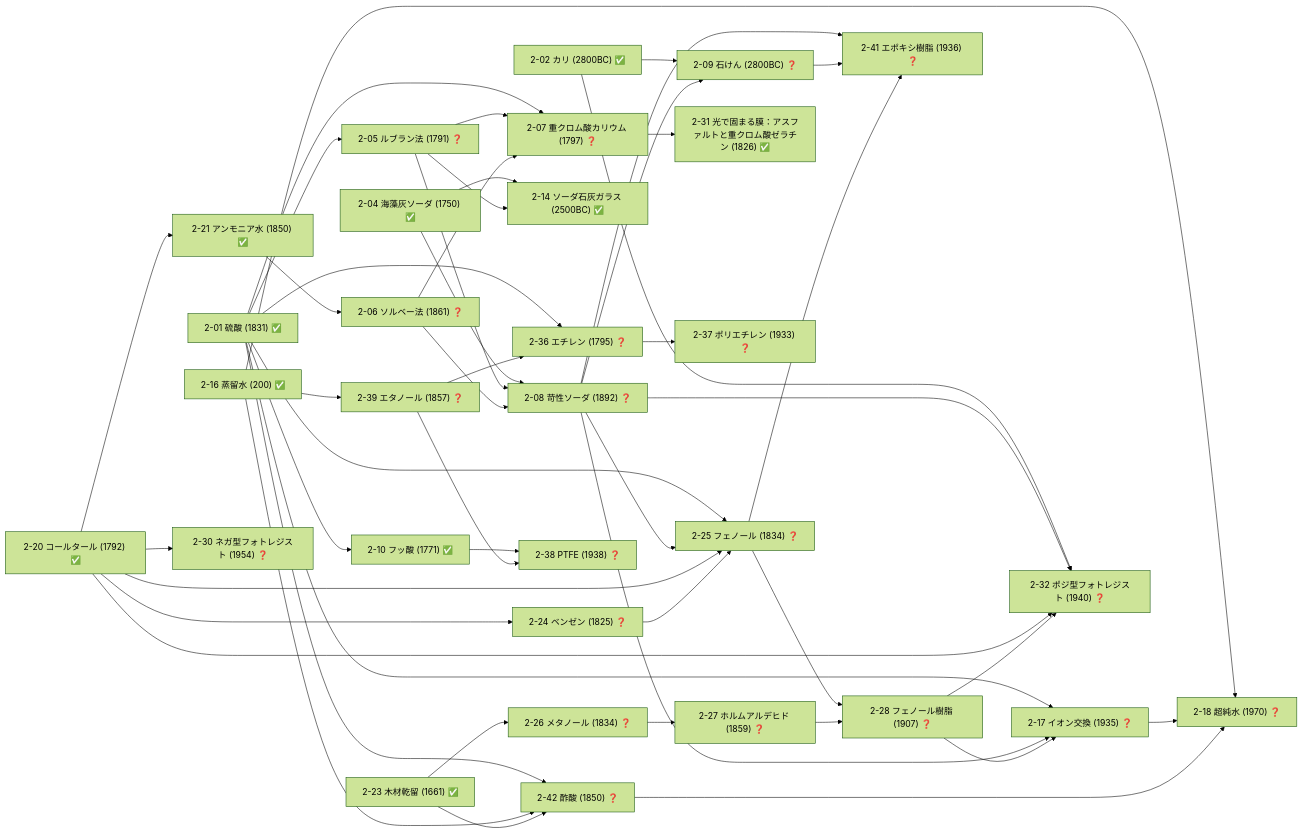
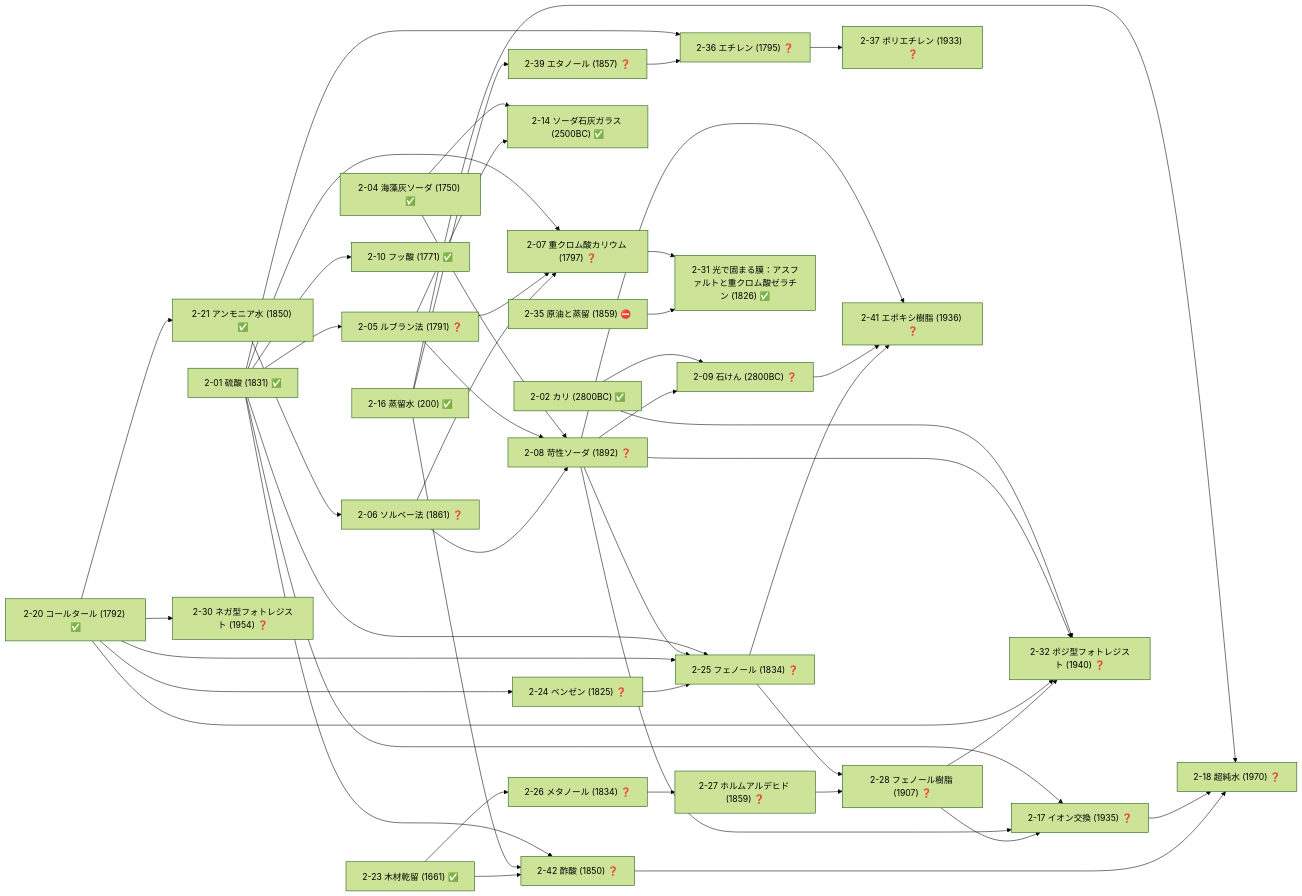
Before and after one commit to taku3i0317-collab/semiconductor-lab: the fifth of 19 diagrams in docs/TECH_TREE_VIEW.md, drawn with Mermaid (forest theme). The commit also changed other lines of this file and 8 other files, not shown here.

````diff
--- a/docs/TECH_TREE_VIEW.md
+++ b/docs/TECH_TREE_VIEW.md
@@ -240,80 +240,79 @@
 ```mermaid
 graph LR
   n2_01["2-01 硫酸 (1831) ✅"]
   n2_02["2-02 カリ (2800BC) ✅"]
   n2_04["2-04 海藻灰ソーダ (1750) ✅"]
   n2_05["2-05 ルブラン法 (1791) ❓"]
   n2_06["2-06 ソルベー法 (1861) ❓"]
   n2_07["2-07 重クロム酸カリウム (1797) ❓"]
   n2_08["2-08 苛性ソーダ (1892) ❓"]
   n2_09["2-09 石けん (2800BC) ❓"]
   n2_10["2-10 フッ酸 (1771) ✅"]
   n2_14["2-14 ソーダ石灰ガラス (2500BC) ✅"]
   n2_16["2-16 蒸留水 (200) ✅"]
   n2_17["2-17 イオン交換 (1935) ❓"]
   n2_18["2-18 超純水 (1970) ❓"]
   n2_20["2-20 コールタール (1792) ✅"]
   n2_21["2-21 アンモニア水 (1850) ✅"]
   n2_23["2-23 木材乾留 (1661) ✅"]
   n2_24["2-24 ベンゼン (1825) ❓"]
   n2_25["2-25 フェノール (1834) ❓"]
   n2_26["2-26 メタノール (1834) ❓"]
   n2_27["2-27 ホルムアルデヒド (1859) ❓"]
   n2_28["2-28 フェノール樹脂 (1907) ❓"]
   n2_30["2-30 ネガ型フォトレジスト (1954) ❓"]
   n2_31["2-31 光で固まる膜：アスファルトと重クロム酸ゼラチン (1826) ✅"]
   n2_32["2-32 ポジ型フォトレジスト (1940) ❓"]
+  n2_35["2-35 原油と蒸留 (1859) ⛔"]
   n2_36["2-36 エチレン (1795) ❓"]
   n2_37["2-37 ポリエチレン (1933) ❓"]
-  n2_38["2-38 PTFE (1938) ❓"]
   n2_39["2-39 エタノール (1857) ❓"]
   n2_41["2-41 エポキシ樹脂 (1936) ❓"]
   n2_42["2-42 酢酸 (1850) ❓"]
   n2_01-->n2_05
   n2_21-->n2_06
   n2_01-->n2_07
   n2_05-->n2_07
   n2_06-->n2_07
   n2_04-->n2_08
   n2_05-->n2_08
   n2_06-->n2_08
   n2_02-->n2_09
   n2_08-->n2_09
   n2_01-->n2_10
   n2_04-->n2_14
   n2_05-->n2_14
   n2_01-->n2_17
   n2_08-->n2_17
   n2_28-->n2_17
   n2_16-->n2_18
   n2_17-->n2_18
   n2_42-->n2_18
   n2_20-->n2_21
   n2_20-->n2_24
   n2_01-->n2_25
   n2_08-->n2_25
   n2_20-->n2_25
   n2_24-->n2_25
   n2_23-->n2_26
   n2_26-->n2_27
   n2_25-->n2_28
   n2_27-->n2_28
   n2_20-->n2_30
   n2_07-->n2_31
+  n2_35-->n2_31
   n2_02-->n2_32
   n2_08-->n2_32
   n2_20-->n2_32
   n2_28-->n2_32
   n2_01-->n2_36
   n2_39-->n2_36
   n2_36-->n2_37
-  n2_10-->n2_38
-  n2_39-->n2_38
   n2_16-->n2_39
   n2_08-->n2_41
   n2_09-->n2_41
   n2_25-->n2_41
   n2_01-->n2_42
   n2_16-->n2_42
   n2_23-->n2_42
 ```
````
